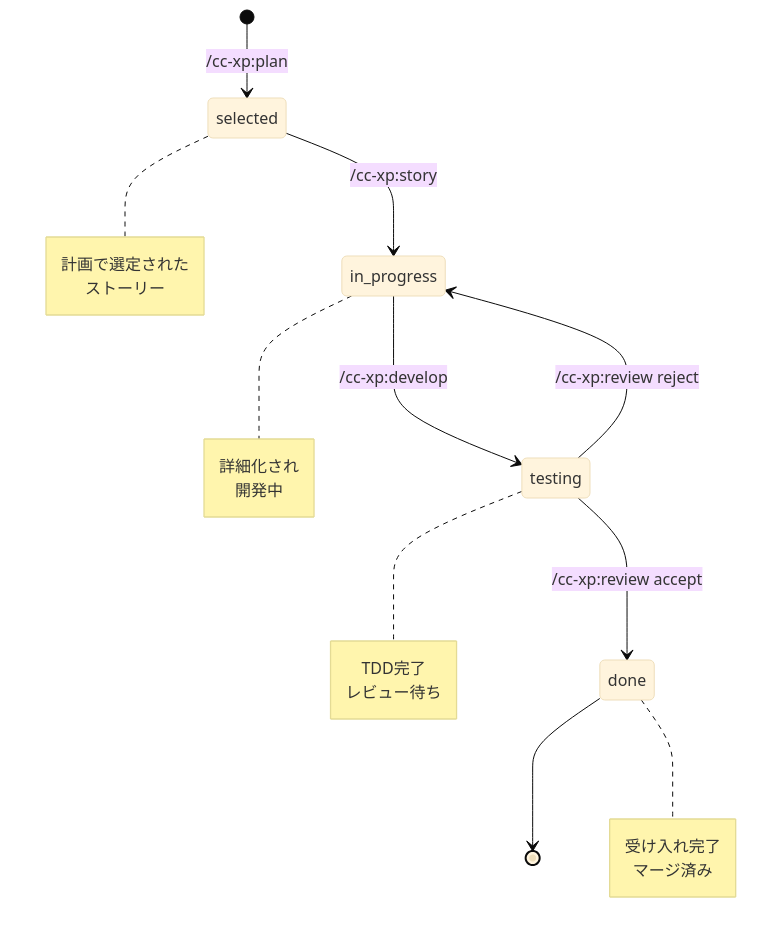
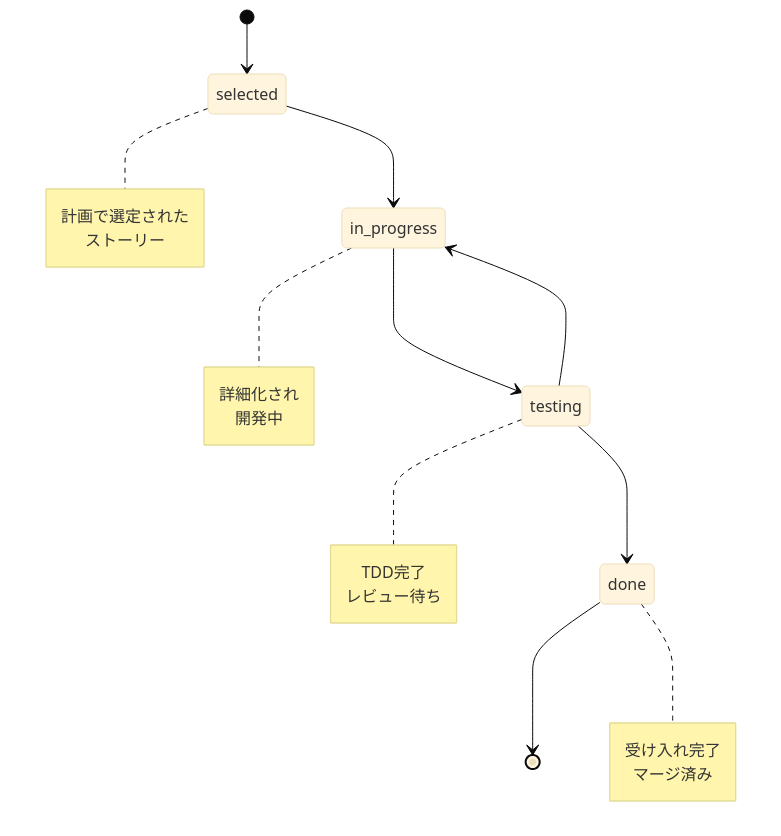
Before and after one commit to B16B1RD/cc-xp-kit: the second of 6 diagrams in README.md, drawn with Mermaid (base theme).

Commit message:
fix: Mermaidステータス遷移図のシンタックスエラー修正
- stateDiagram-v2で不正な状態定義記法を修正
- 状態名の後の': /cc-xp:plan'形式を削除
- GitHubでのレンダリングエラーを解消

🤖 Generated with [Claude Code](https://claude.ai/code)

````diff
--- a/README.md
+++ b/README.md
@@ -85,29 +85,29 @@
 ```mermaid
 stateDiagram-v2
-    [*] --> selected: /cc-xp:plan
-    selected --> in_progress: /cc-xp:story
-    in_progress --> testing: /cc-xp:develop
-    testing --> done: /cc-xp:review accept
-    testing --> in_progress: /cc-xp:review reject
+    [*] --> selected
+    selected --> in_progress
+    in_progress --> testing
+    testing --> done
+    testing --> in_progress
     done --> [*]
     
     note right of selected
         計画で選定された
         ストーリー
     end note
     
     note right of in_progress
         詳細化され
         開発中
     end note
     
     note right of testing
         TDD完了
         レビュー待ち
     end note
     
     note right of done
         受け入れ完了
         マージ済み
     end note
 ```
````
